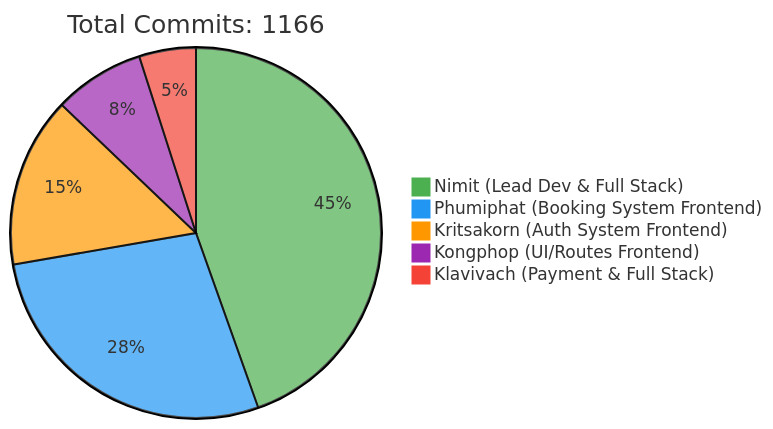
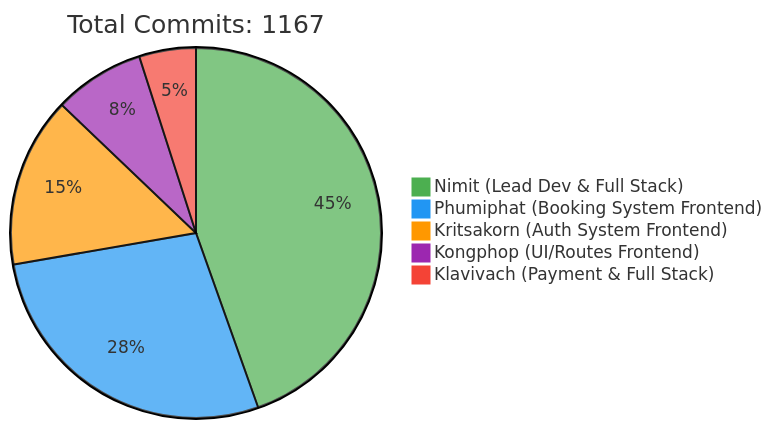
Before and after one commit to 6531503042/Sport-Complex: the first of 2 diagrams in README.md, drawn with Mermaid. The commit also changed other lines of this file, not shown here.

Commit message:
docs: Update contributor statistics [skip ci]

````diff
--- a/README.md
+++ b/README.md
@@ -257,10 +257,10 @@
 ```mermaid
 %%{init: {'theme': 'base', 'themeVariables': { 'pie1': '#4CAF50', 'pie2': '#2196F3', 'pie3': '#FF9800', 'pie4': '#9C27B0', 'pie5': '#F44336'}}}%%
 pie
-    title Total Commits: 1166
+    title Total Commits: 1167
     "Nimit (Lead Dev & Full Stack)" : 450
     "Phumiphat (Booking System Frontend)" : 280
     "Kritsakorn (Auth System Frontend)" : 150
     "Kongphop (UI/Routes Frontend)" : 80
     "Klavivach (Payment & Full Stack)" : 50
 ```
````
